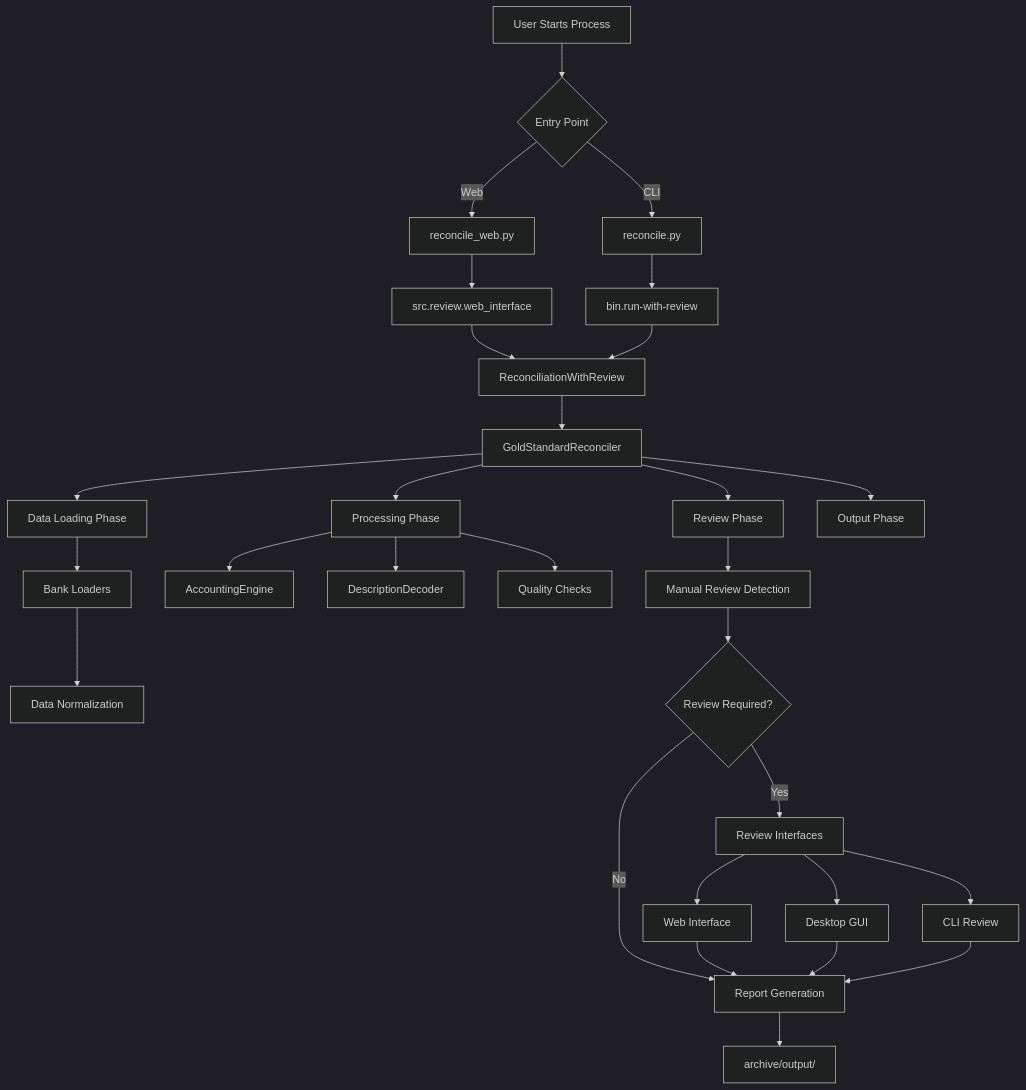
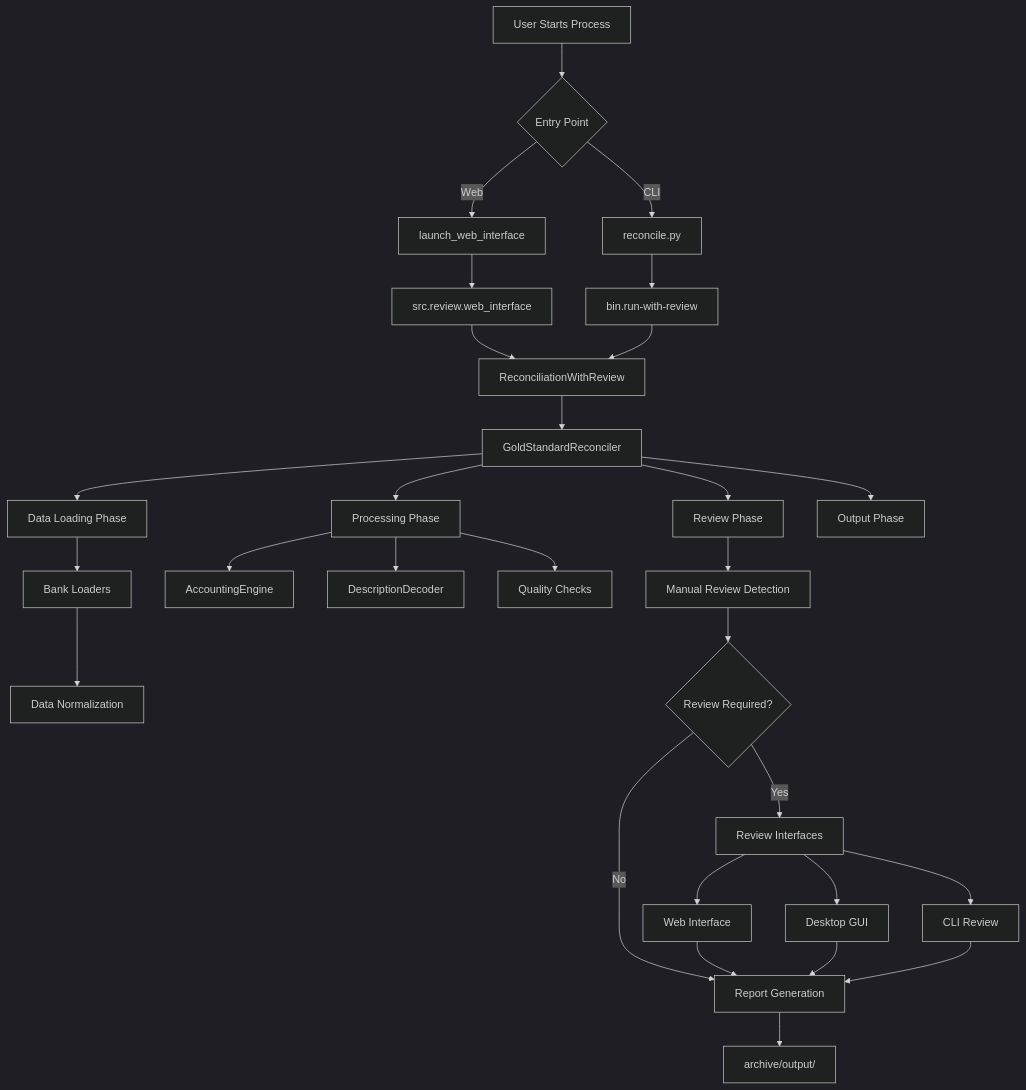
Before and after one commit to rzimmerman2022/financial-reconciliation-system: the diagram in docs/CURRENT_STATE.md, drawn with Mermaid (dark theme). The commit also changed other lines of this file and 10 other files, not shown here.

````diff
--- a/docs/CURRENT_STATE.md
+++ b/docs/CURRENT_STATE.md
@@ -146,40 +146,40 @@
 ```mermaid
 graph TD
     A[User Starts Process] --> B{Entry Point}
-    B -->|Web| C[reconcile_web.py]
+   B -->|Web| C[launch_web_interface]
     B -->|CLI| D[reconcile.py]
     
     C --> E[src.review.web_interface]
     D --> F[bin.run-with-review]
     
     E --> G[ReconciliationWithReview]
     F --> G
     
     G --> H[GoldStandardReconciler]
     H --> I[Data Loading Phase]
     H --> J[Processing Phase]  
     H --> K[Review Phase]
     H --> L[Output Phase]
     
     I --> M[Bank Loaders]
     M --> N[Data Normalization]
     
     J --> O[AccountingEngine]
     J --> P[DescriptionDecoder]
     J --> Q[Quality Checks]
     
     K --> R[Manual Review Detection]
     R --> S{Review Required?}
     S -->|Yes| T[Review Interfaces]
     S -->|No| U[Report Generation]
     
     T --> V[Web Interface]
     T --> W[Desktop GUI]
     T --> X[CLI Review]
     
     V --> U
     W --> U
     X --> U
     
     U --> Y[archive/output/]
 ```
````
